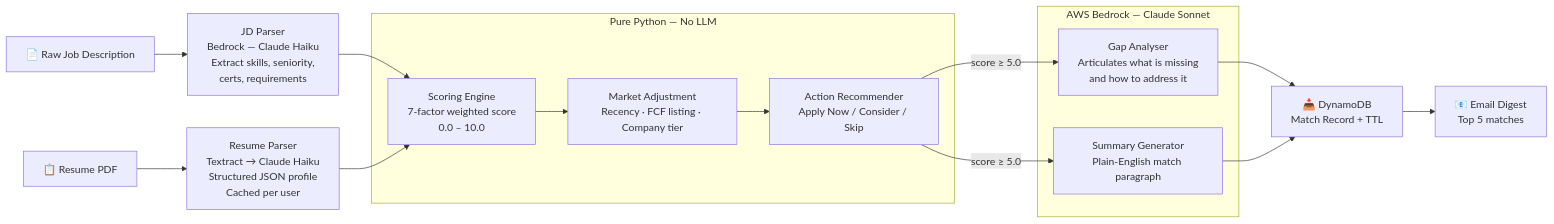
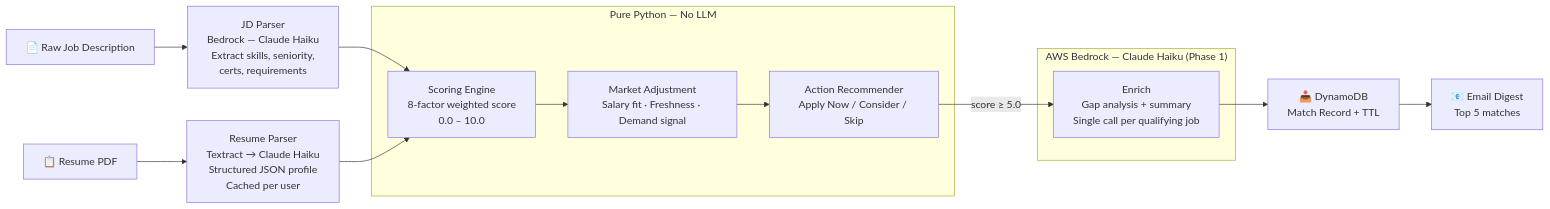
Before and after one commit to junhan87/job-signal-core: the diagram in docs/design/ai-scoring-pipeline.md, drawn with Mermaid. The commit also changed other lines of this file and 6 other files, not shown here.

````diff
--- a/docs/design/ai-scoring-pipeline.md
+++ b/docs/design/ai-scoring-pipeline.md
@@ -15,24 +15,23 @@
 ```mermaid
 flowchart LR
     A["📄 Raw Job Description"] --> B["JD Parser<br>Bedrock — Claude Haiku<br>Extract skills, seniority,<br>certs, requirements"]
     C["📋 Resume PDF"] --> D["Resume Parser<br>Textract → Claude Haiku<br>Structured JSON profile<br>Cached per user"]
 
     B & D --> E
 
     subgraph Python["Pure Python — No LLM"]
-        E["Scoring Engine<br>7-factor weighted score<br>0.0 – 10.0"]
-        F["Market Adjustment<br>Recency · FCF listing · Company tier"]
+        E["Scoring Engine<br>8-factor weighted score<br>0.0 – 10.0"]
+        F["Market Adjustment<br>Salary fit · Freshness · Demand signal"]
         G["Action Recommender<br>Apply Now / Consider / Skip"]
     end
 
     E --> F --> G
 
-    subgraph Bedrock["AWS Bedrock — Claude Sonnet"]
-        H["Gap Analyser<br>Articulates what is missing<br>and how to address it"]
-        I["Summary Generator<br>Plain-English match paragraph"]
+    subgraph Bedrock["AWS Bedrock — Claude Haiku (Phase 1)"]
+        H["Enrich<br>Gap analysis + summary<br>Single call per qualifying job"]
     end
 
-    G -->|score ≥ 5.0| H & I
-    H & I --> J["📥 DynamoDB<br>Match Record + TTL"]
+    G -->|score ≥ 5.0| H
+    H --> J["📥 DynamoDB<br>Match Record + TTL"]
     J --> K["📧 Email Digest<br>Top 5 matches"]
 ```
````
